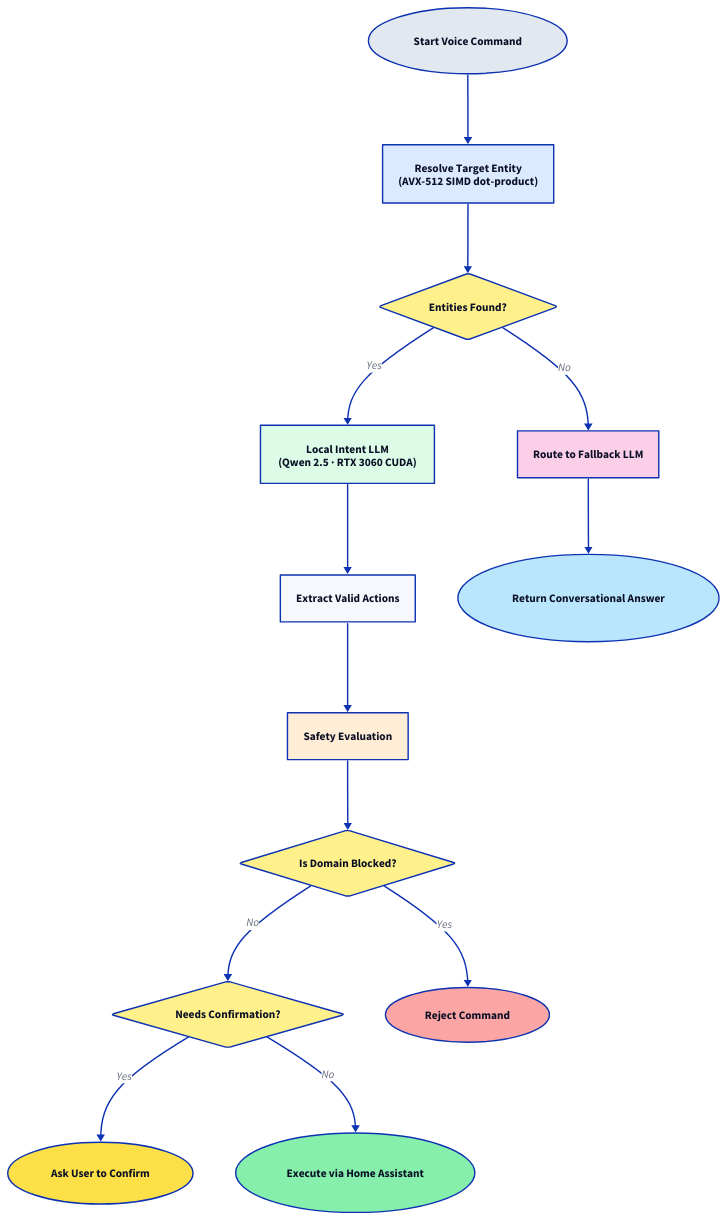
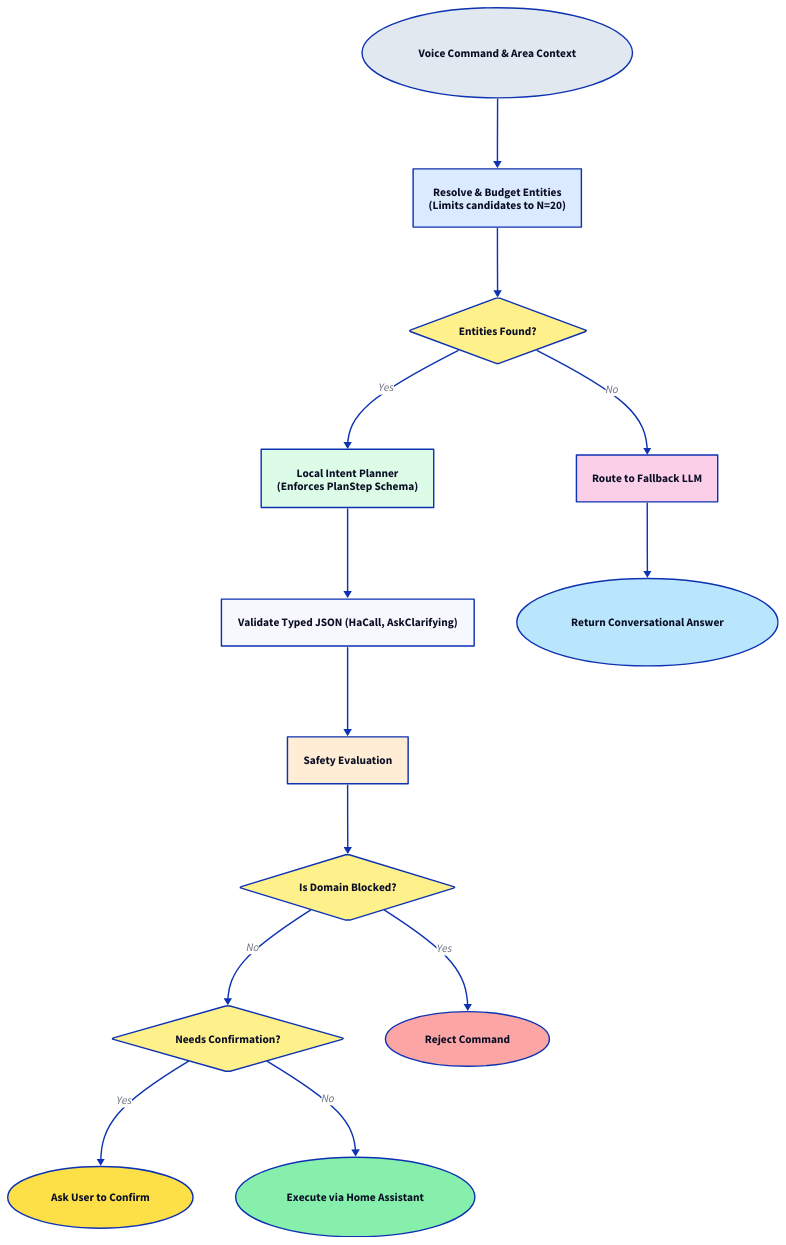
One commit to ParkWardRR/ha-deterministic-voice-agent changed the diagram in assets/request_flow.d2. Above: the diagram before and after it, drawn with D2. The commit also changed 6 other files, not shown here.

Commit message:
Docs: Update infrastructure diagrams and V2 latency metrics

```diff
--- a/assets/request_flow.d2
+++ b/assets/request_flow.d2
@@ -1,34 +1,34 @@
 direction: down
 
-start: {label: "Start Voice Command"; shape: oval; style.fill: "#e2e8f0"}
-resolve: {label: "Resolve Target Entity\n(AVX-512 SIMD dot-product)"; style.fill: "#dbeafe"}
+start: {label: "Voice Command & Area Context"; shape: oval; style.fill: "#e2e8f0"}
+resolve: {label: "Resolve & Budget Entities\n(Limits candidates to N=20)"; style.fill: "#dbeafe"}
 found: {label: "Entities Found?"; shape: diamond; style.fill: "#fef08a"}
 fallback: {label: "Route to Fallback LLM"; style.fill: "#fbcfe8"}
-onnx: {label: "Local Intent LLM\n(Qwen 2.5 · RTX 3060 CUDA)"; style.fill: "#dcfce7"}
-extract: "Extract Valid Actions"
+onnx: {label: "Local Intent Planner\n(Enforces PlanStep Schema)"; style.fill: "#dcfce7"}
+extract: "Validate Typed JSON (HaCall, AskClarifying)"
 safety: {label: "Safety Evaluation"; style.fill: "#ffedd5"}
 blocked: {label: "Is Domain Blocked?"; shape: diamond; style.fill: "#fef08a"}
 confirm: {label: "Needs Confirmation?"; shape: diamond; style.fill: "#fef08a"}
 
 reject: {label: "Reject Command"; shape: oval; style.fill: "#fca5a5"}
 ask: {label: "Ask User to Confirm"; shape: oval; style.fill: "#fde047"}
 exec: {label: "Execute via Home Assistant"; shape: oval; style.fill: "#86efac"}
 ans: {label: "Return Conversational Answer"; shape: oval; style.fill: "#bae6fd"}
 
 start -> resolve
 resolve -> found
 
 found -> onnx: "Yes"
 found -> fallback: "No"
 
 fallback -> ans
 
 onnx -> extract
 extract -> safety
 
 safety -> blocked
 blocked -> reject: "Yes"
 blocked -> confirm: "No"
 
 confirm -> ask: "Yes"
 confirm -> exec: "No"
```
